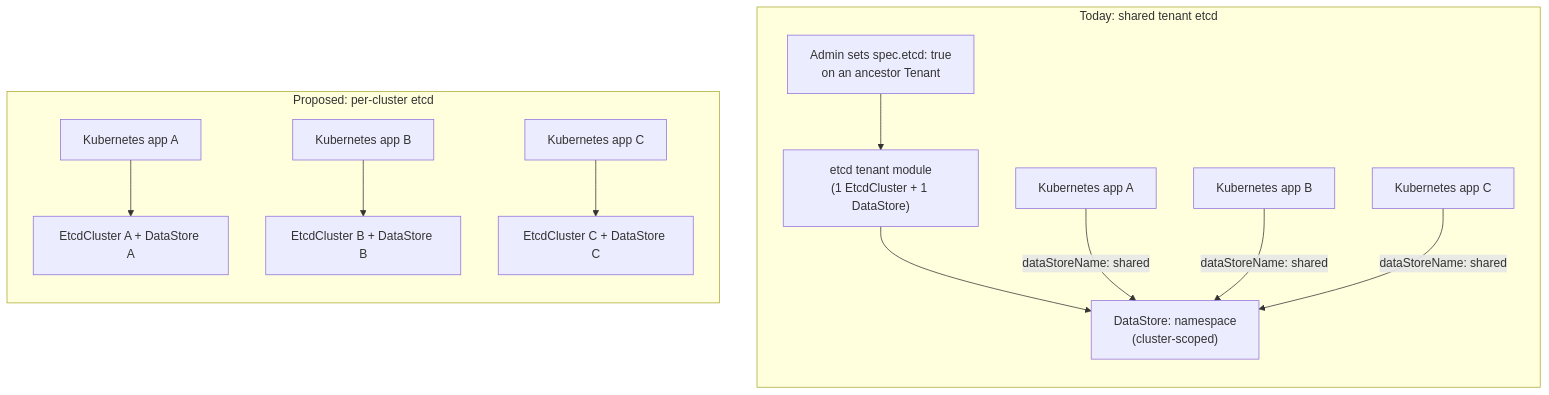
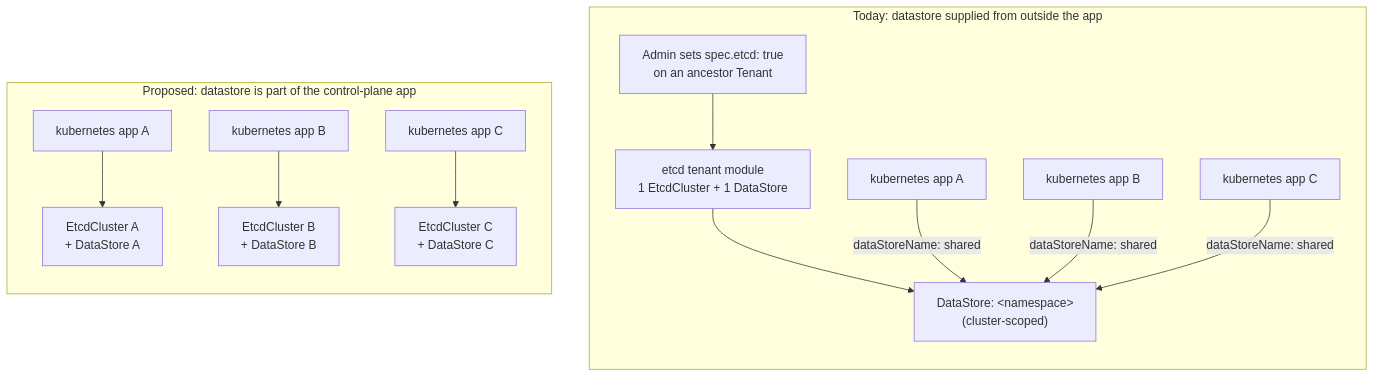
Before and after one commit to cozystack/community: the diagram in design-proposals/etcd-per-cluster/README.md, drawn with Mermaid. The commit also changed other lines of this file, not shown here.

First line of the commit message:
docs(etcd-per-cluster): reframe as a control-plane app change and close all open questions

````diff
--- a/design-proposals/etcd-per-cluster/README.md
+++ b/design-proposals/etcd-per-cluster/README.md
@@ -58,18 +72,18 @@
 ```mermaid
 flowchart TD
-    subgraph today[Today: shared tenant etcd]
+    subgraph today["Today: datastore supplied from outside the app"]
       direction TB
-      AdminT["Admin sets spec.etcd: true<br/>on an ancestor Tenant"] --> ETM["etcd tenant module<br/>(1 EtcdCluster + 1 DataStore)"]
-      ETM --> DS["DataStore: namespace<br/>(cluster-scoped)"]
-      K1["Kubernetes app A"] -->|dataStoreName: shared| DS
-      K2["Kubernetes app B"] -->|dataStoreName: shared| DS
-      K3["Kubernetes app C"] -->|dataStoreName: shared| DS
+      AdminT["Admin sets spec.etcd: true<br/>on an ancestor Tenant"] --> ETM["etcd tenant module<br/>1 EtcdCluster + 1 DataStore"]
+      ETM --> DS["DataStore: &lt;namespace&gt;<br/>(cluster-scoped)"]
+      K1["kubernetes app A"] -->|"dataStoreName: shared"| DS
+      K2["kubernetes app B"] -->|"dataStoreName: shared"| DS
+      K3["kubernetes app C"] -->|"dataStoreName: shared"| DS
     end
 
-    subgraph proposed[Proposed: per-cluster etcd]
+    subgraph proposed["Proposed: datastore is part of the control-plane app"]
       direction TB
-      KA["Kubernetes app A"] --> EA["EtcdCluster A + DataStore A"]
-      KB["Kubernetes app B"] --> EB["EtcdCluster B + DataStore B"]
-      KC["Kubernetes app C"] --> EC["EtcdCluster C + DataStore C"]
+      KA["kubernetes app A"] --> EA["EtcdCluster A<br/>+ DataStore A"]
+      KB["kubernetes app B"] --> EB["EtcdCluster B<br/>+ DataStore B"]
+      KC["kubernetes app C"] --> EC["EtcdCluster C<br/>+ DataStore C"]
     end
 ```
````
